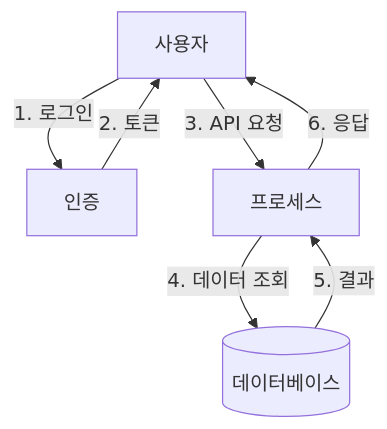
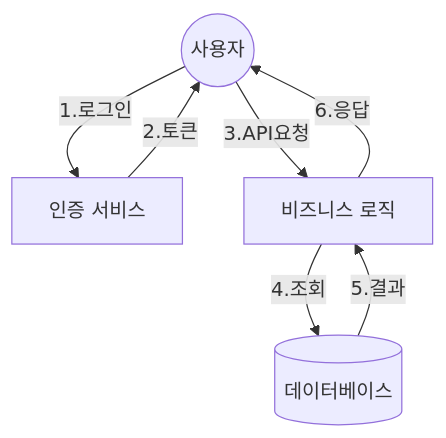
One commit to daekyung23/back-end changed the second of 4 diagrams in docs/architecture/dfd.md. Above: the diagram before and after it, drawn with Mermaid. The commit also changed other lines of this file, not shown here.

````diff
--- a/docs/architecture/dfd.md
+++ b/docs/architecture/dfd.md
@@ -14,9 +19,14 @@
 ```mermaid
 flowchart TD
-    User[사용자] --> |1. 로그인| Auth[인증]
-    Auth --> |2. 토큰| User
-    User --> |3. API 요청| Process[프로세스]
-    Process --> |4. 데이터 조회| DB[(데이터베이스)]
-    DB --> |5. 결과| Process
-    Process --> |6. 응답| User
+    User((사용자))
+    Auth[인증 서비스]
+    Process[비즈니스 로직]
+    DB[(데이터베이스)]
+    
+    User --> |1.로그인| Auth
+    Auth --> |2.토큰| User
+    User --> |3.API요청| Process
+    Process --> |4.조회| DB
+    DB --> |5.결과| Process
+    Process --> |6.응답| User
 ```
````
